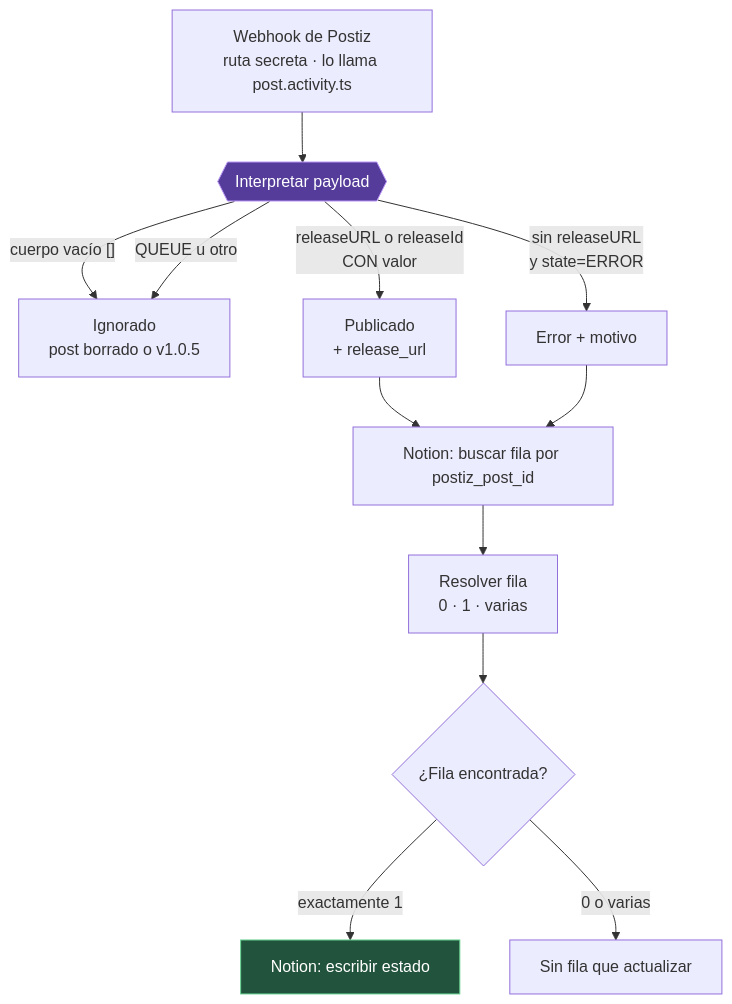
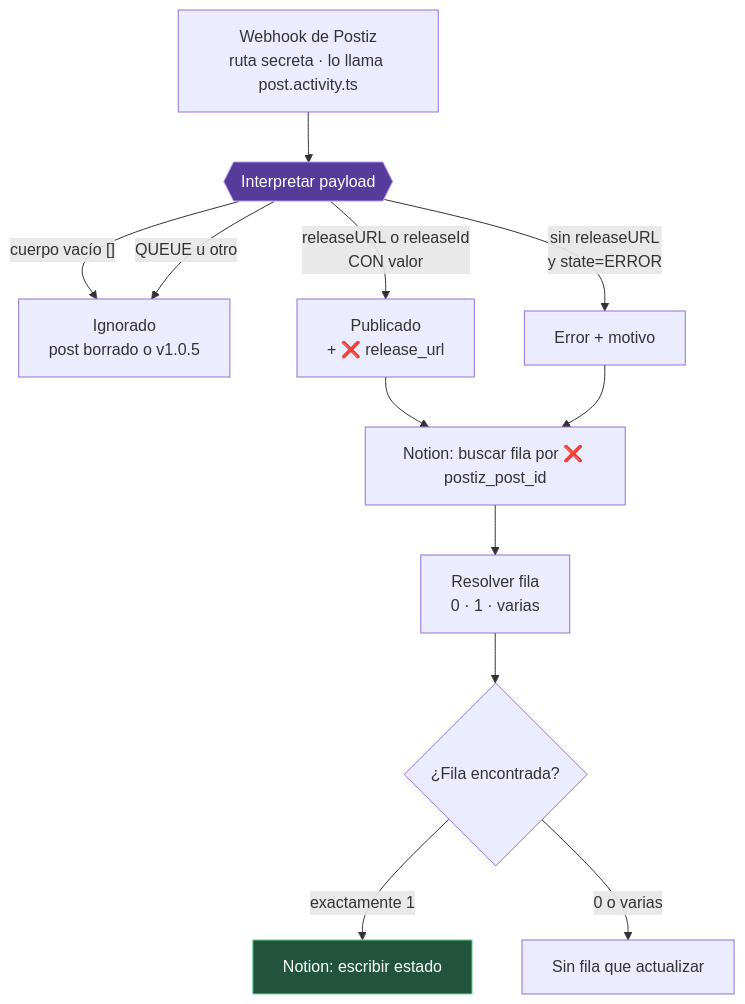
The seventh of 11 diagrams in docs/architecture/CONTENT_PIPELINE_DIAGRAMS.md (dustin-calderon/postiz-app), drawn with Mermaid before and after one commit. The commit also changed other lines of this file and 2 other files, not shown here.

````diff
--- a/docs/architecture/CONTENT_PIPELINE_DIAGRAMS.md
+++ b/docs/architecture/CONTENT_PIPELINE_DIAGRAMS.md
@@ -241,19 +241,19 @@
 ```mermaid
 flowchart TD
     WH["Webhook de Postiz<br/>ruta secreta · lo llama post.activity.ts"] --> INT{{"Interpretar payload"}}
 
     INT -->|"cuerpo vacío []"| IGN["Ignorado<br/>post borrado o v1.0.5"]
-    INT -->|"releaseURL o releaseId<br/>CON valor"| PUB["Publicado<br/>+ release_url"]
+    INT -->|"releaseURL o releaseId<br/>CON valor"| PUB["Publicado<br/>+ ❌ release_url"]
     INT -->|"sin releaseURL<br/>y state=ERROR"| ERR["Error + motivo"]
     INT -->|"QUEUE u otro"| IGN
 
-    PUB --> BUS["Notion: buscar fila por postiz_post_id"]
+    PUB --> BUS["Notion: buscar fila por ❌ postiz_post_id"]
     ERR --> BUS
     BUS --> RESOL["Resolver fila<br/>0 · 1 · varias"]
     RESOL --> RES{"¿Fila encontrada?"}
     RES -->|"exactamente 1"| ESC["Notion: escribir estado"]
     RES -->|"0 o varias"| SF["Sin fila que actualizar"]
 
     style INT fill:#553c9a,stroke:#b794f4,color:#fff
     style ESC fill:#22543d,stroke:#68d391,color:#fff
 ```
````
